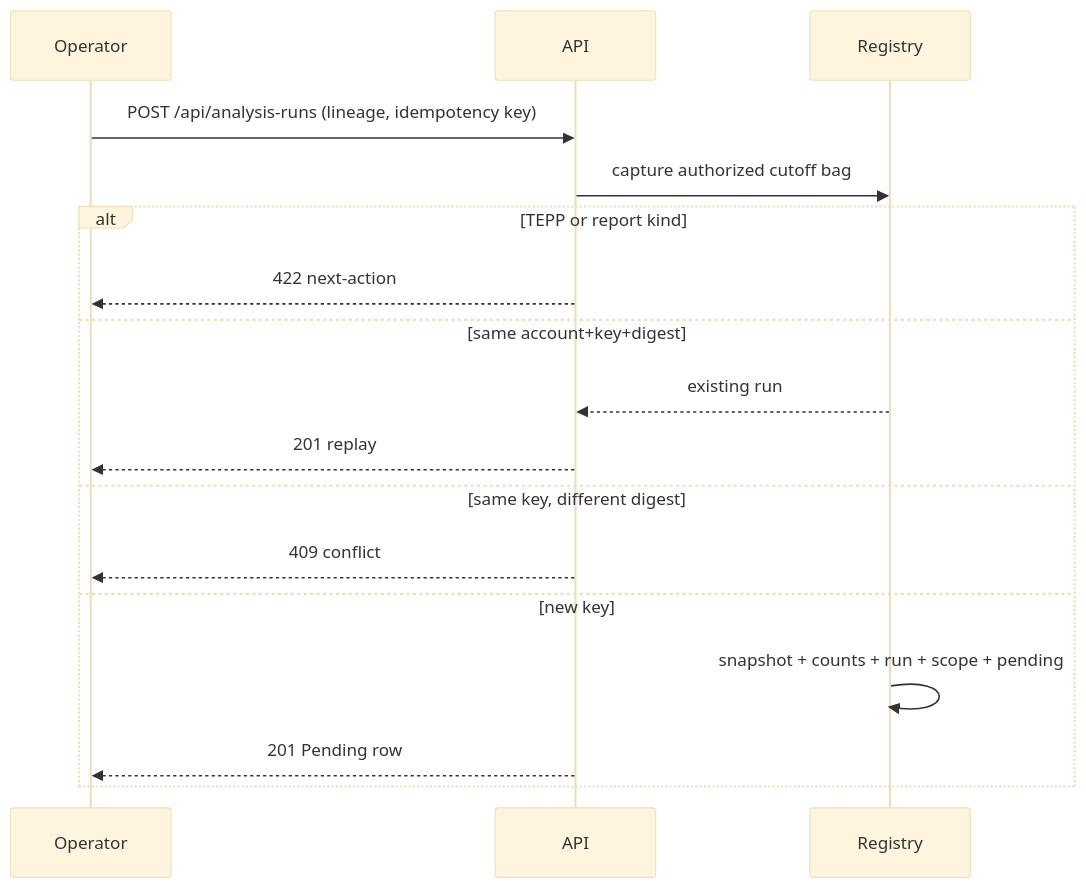
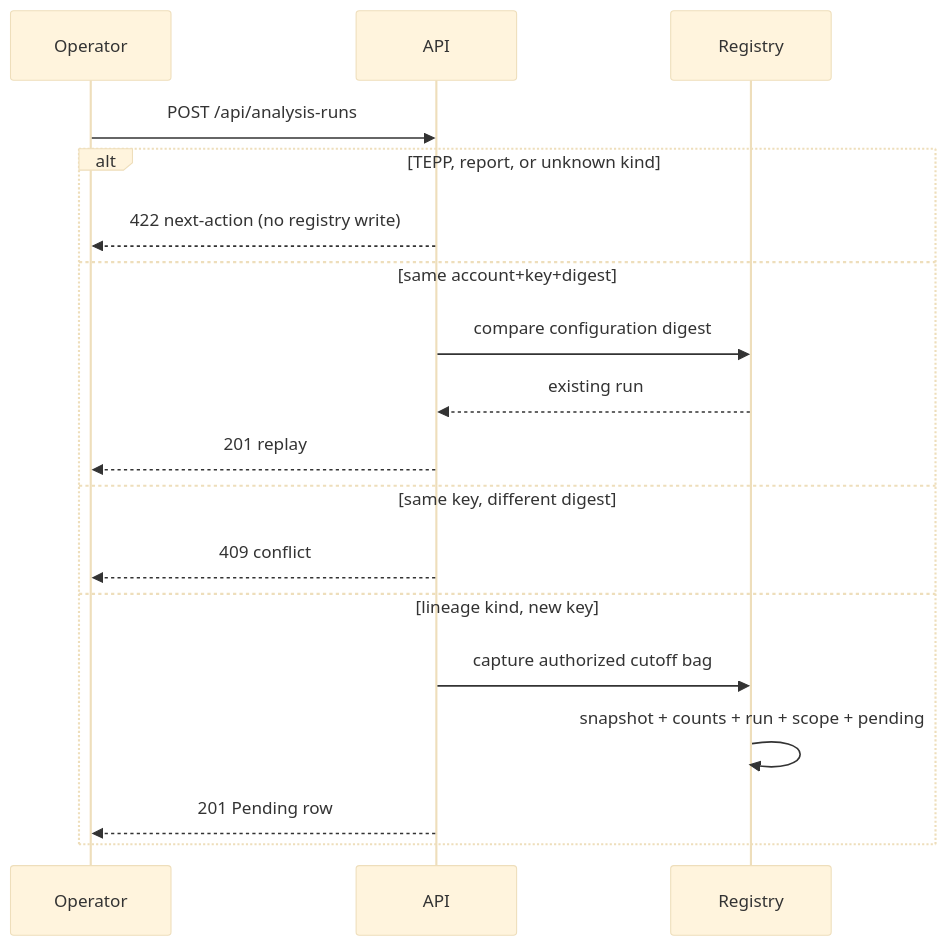
The diagram in docs/adr/0017-authorized-analysis-run-create.md (ContextualWisdomLab/LineageWeave), drawn with Mermaid (base theme) before and after one commit. The commit also changed other lines of this file and 7 other files, not shown here.

````diff
--- a/docs/adr/0017-authorized-analysis-run-create.md
+++ b/docs/adr/0017-authorized-analysis-run-create.md
@@ -43,19 +43,20 @@
 ```mermaid
 sequenceDiagram
     participant Operator
     participant API
     participant Registry
-    Operator->>API: POST /api/analysis-runs (lineage, idempotency key)
-    API->>Registry: capture authorized cutoff bag
-    alt TEPP or report kind
-        API-->>Operator: 422 next-action
+    Operator->>API: POST /api/analysis-runs
+    alt TEPP, report, or unknown kind
+        API-->>Operator: 422 next-action (no registry write)
     else same account+key+digest
+        API->>Registry: compare configuration digest
         Registry-->>API: existing run
         API-->>Operator: 201 replay
     else same key, different digest
         API-->>Operator: 409 conflict
-    else new key
+    else lineage kind, new key
+        API->>Registry: capture authorized cutoff bag
         Registry->>Registry: snapshot + counts + run + scope + pending
         API-->>Operator: 201 Pending row
     end
 ```
````
